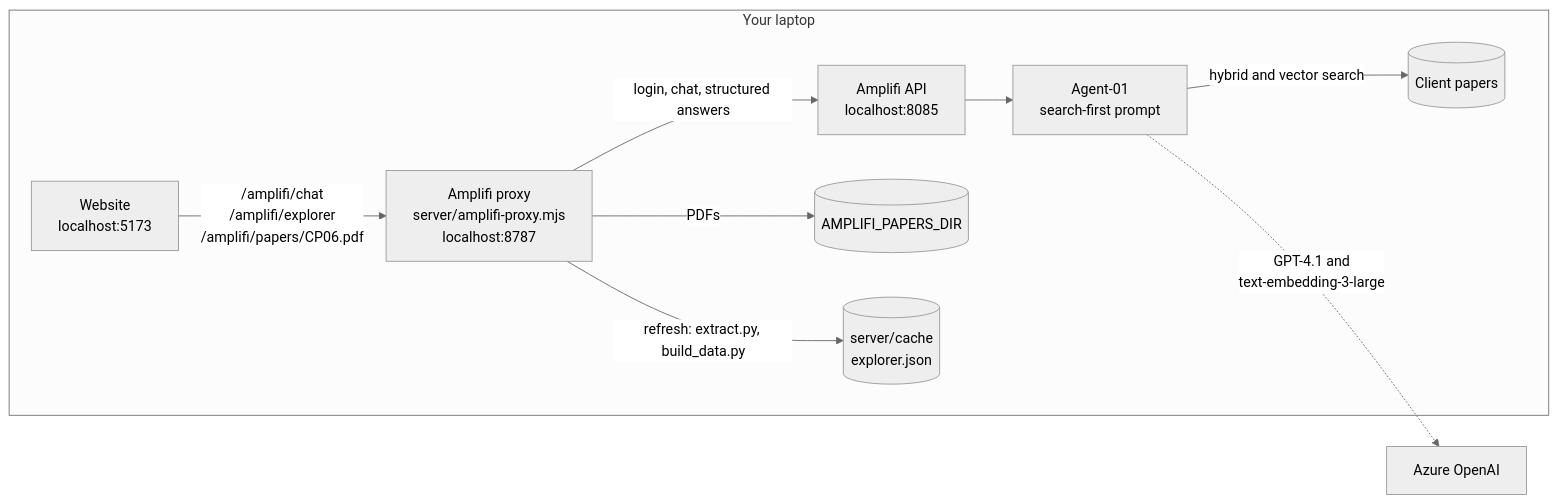
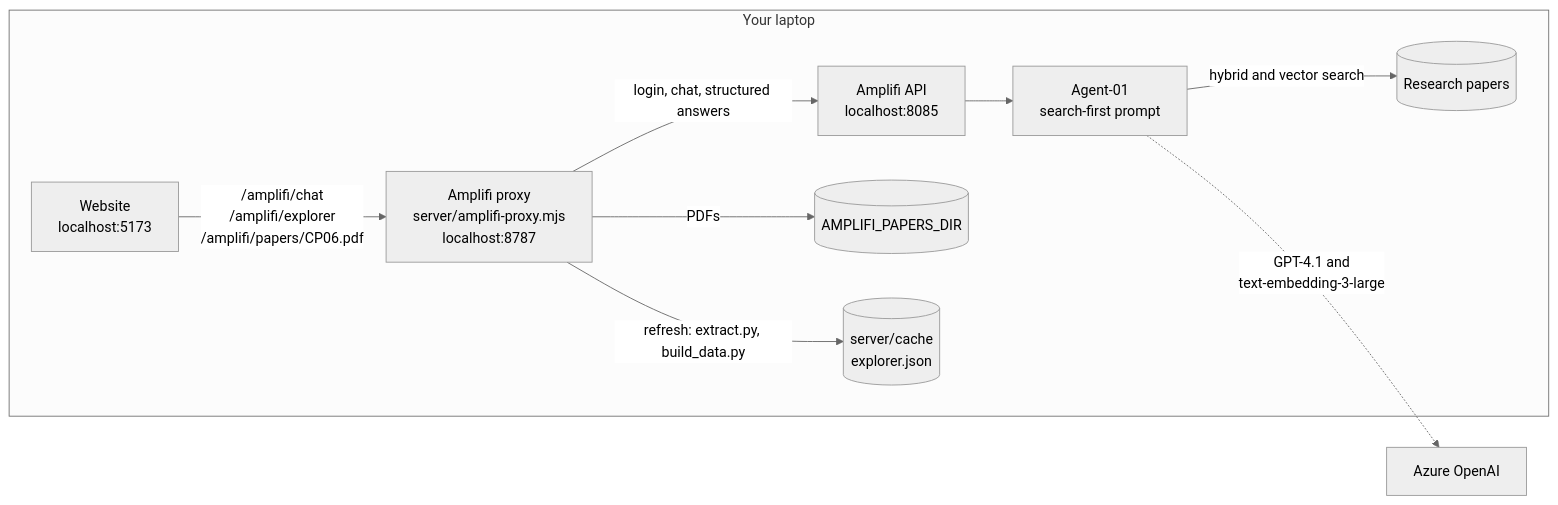
The first of 2 diagrams in README.md (sachinkukkar-tws/battery-research-platform), drawn with Mermaid (neutral theme) before and after one commit. The commit also changed other lines of this file and 17 other files, not shown here.

````diff
--- a/README.md
+++ b/README.md
@@ -137,12 +137,12 @@
 ```mermaid
 flowchart LR
     subgraph laptop["Your laptop"]
         W["Website<br/>localhost:5173"] -->|"/amplifi/chat<br/>/amplifi/explorer<br/>/amplifi/papers/CP06.pdf"| P["Amplifi proxy<br/>server/amplifi-proxy.mjs<br/>localhost:8787"]
         P -->|"login, chat, structured answers"| A["Amplifi API<br/>localhost:8085"]
         P -->|"PDFs"| F[("AMPLIFI_PAPERS_DIR")]
         P -->|"refresh: extract.py, build_data.py"| C[("server/cache<br/>explorer.json")]
         A --> G["Agent-01<br/>search-first prompt"]
-        G -->|"hybrid and vector search"| K[("Client papers")]
+        G -->|"hybrid and vector search"| K[("Research papers")]
     end
     G -.->|"GPT-4.1 and<br/>text-embedding-3-large"| Z["Azure OpenAI"]
 ```
````
